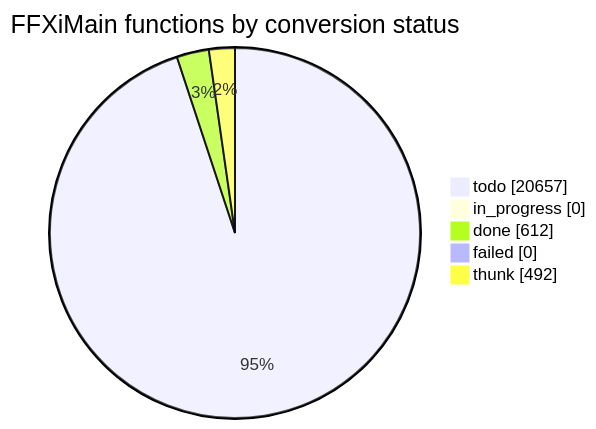
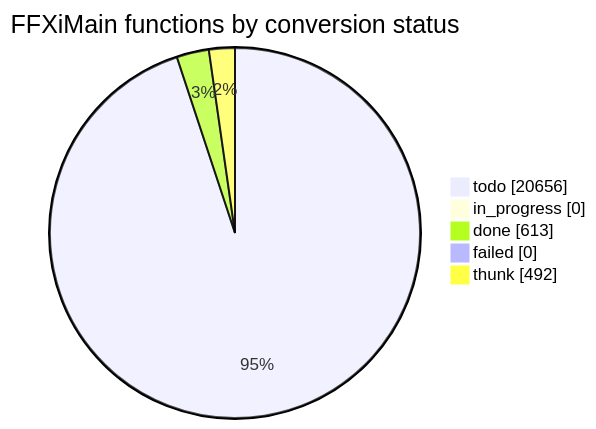
Before and after one commit to cowrevenge/cow_kuluu_xi_anything: the diagram in docs/cow/STATUS.md, drawn with Mermaid. The commit also changed other lines of this file and 9 other files, not shown here.

````diff
--- a/docs/cow/STATUS.md
+++ b/docs/cow/STATUS.md
@@ -18,9 +18,9 @@
 ```mermaid
 pie showData
     title FFXiMain functions by conversion status
-    "todo" : 20657
+    "todo" : 20656
     "in_progress" : 0
-    "done" : 612
+    "done" : 613
     "failed" : 0
     "thunk" : 492
 ```
````
